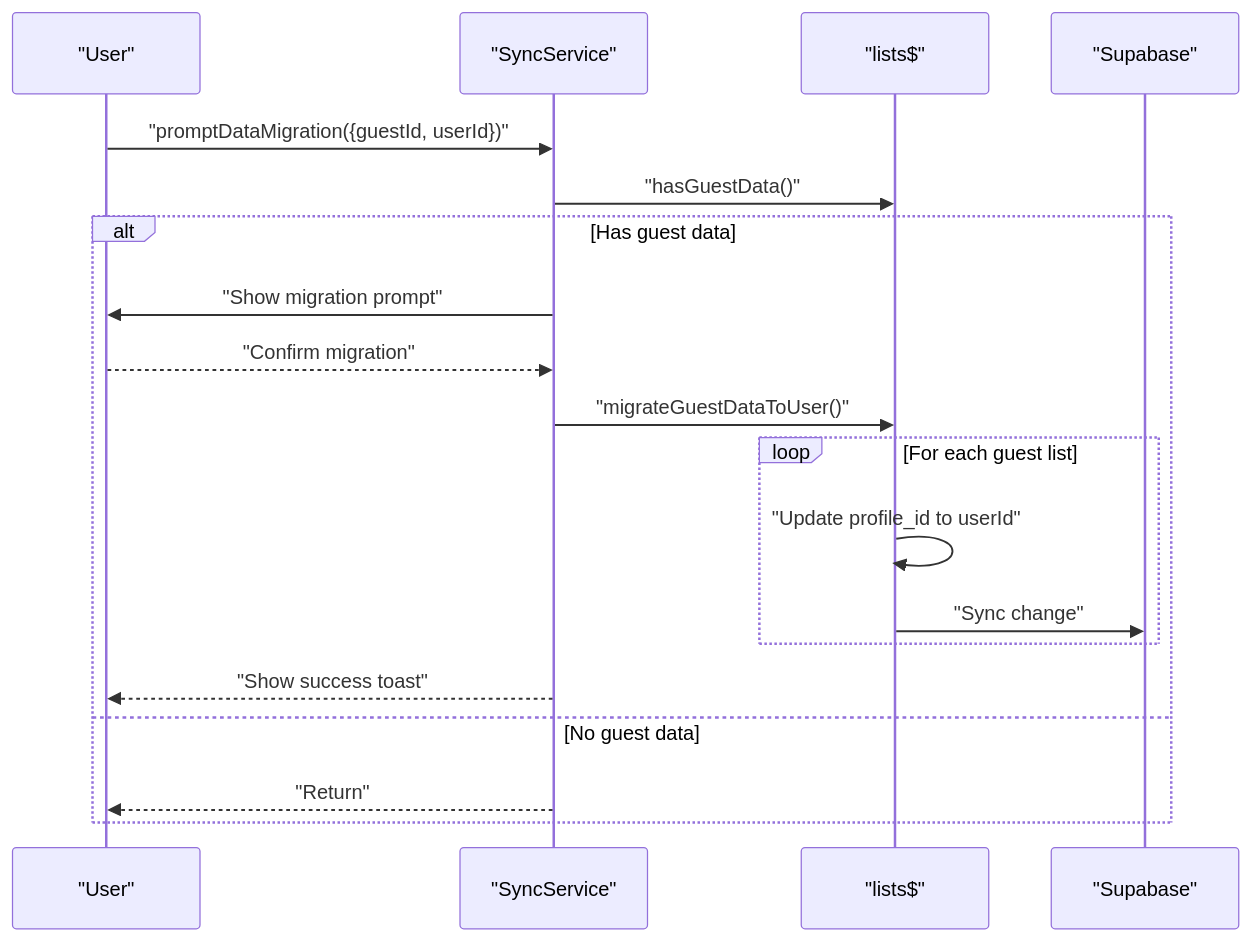
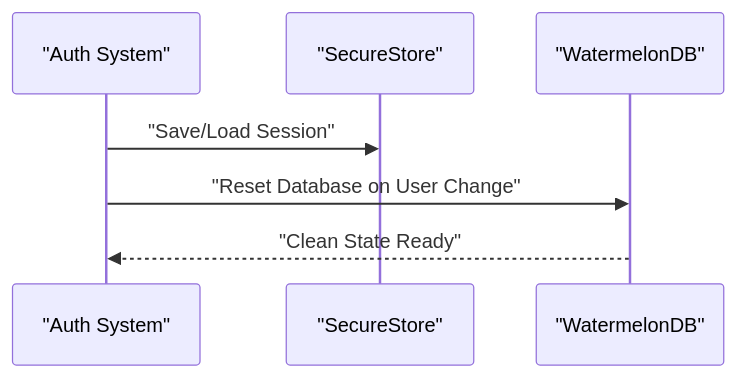
The fifth of 6 diagrams in .qoder/repowiki/en/content/Services and Utilities/Data Synchronization.md (karllasouzza/PowerLists), drawn with Mermaid before and after one commit. The commit also changed other lines of this file and 5 other files, not shown here.

First line of the commit message:
docs(database): add comprehensive WatermelonDB integration and migrate state management

````diff
--- a/.qoder/repowiki/en/content/Services and Utilities/Data Synchronization.md
+++ b/.qoder/repowiki/en/content/Services and Utilities/Data Synchronization.md
@@ -254,21 +227,9 @@
 ```mermaid
 sequenceDiagram
-participant User as "User"
-participant SyncSvc as "SyncService"
-participant ListsObs as "lists$"
-participant SB as "Supabase"
-User->>SyncSvc : "promptDataMigration({guestId, userId})"
-SyncSvc->>ListsObs : "hasGuestData()"
-alt Has guest data
-SyncSvc->>User : "Show migration prompt"
-User-->>SyncSvc : "Confirm migration"
-SyncSvc->>ListsObs : "migrateGuestDataToUser()"
-loop For each guest list
-ListsObs->>ListsObs : "Update profile_id to userId"
-ListsObs->>SB : "Sync change"
-end
-SyncSvc-->>User : "Show success toast"
-else No guest data
-SyncSvc-->>User : "Return"
-end
+participant Auth as "Auth System"
+participant Store as "SecureStore"
+participant DB as "WatermelonDB"
+Auth->>Store : "Save/Load Session"
+Auth->>DB : "Reset Database on User Change"
+DB-->>Auth : "Clean State Ready"
 ```
````
